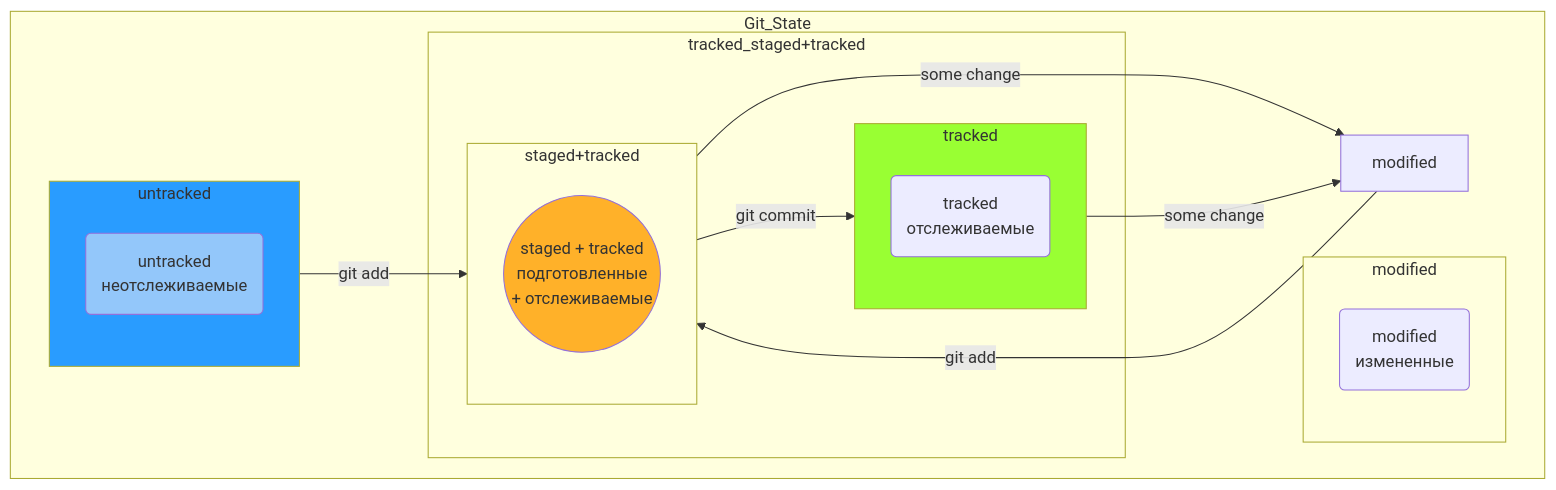
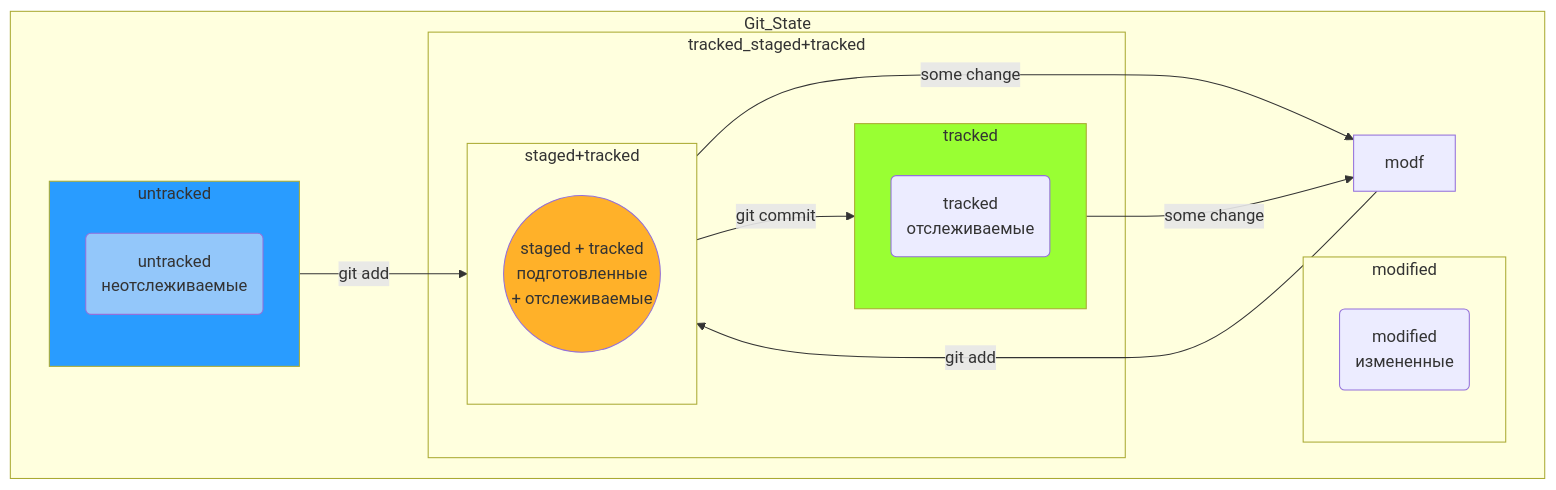
The diagram in README.md (AleksandrVakarin/GitInstructionMermaid), drawn with Mermaid before and after one commit.

````diff
--- a/README.md
+++ b/README.md
@@ -93,45 +93,45 @@
 ```mermaid
 flowchart TD;
 	
 	stgd((staged + tracked<br>подготовленные<br> + отслеживаемые))
 	mdf(modified<br>измененные)
 	untr(untracked<br>неотслеживаемые)
 	trcd(tracked<br>отслеживаемые)
 
 
 	subgraph Git_State
 
 		subgraph tracked_staged+tracked
 
 			subgraph tracked
 				trcd
 			end
 
 			subgraph staged+tracked
 				stgd
 			end
 
 		end
 
 
 		subgraph modified 
 			mdf
 		end
 
 
 		subgraph untracked
 			untr
 		end
 		
 		untracked-- git add -->staged+tracked
-		modified-- git add --> staged+tracked
-		staged+tracked-- some change --> modified
-		staged+tracked-- git commit --> tracked
-		tracked-- some change -->modified
+		modf-- git add --> staged+tracked
+		staged+tracked-- some change -->modf
+		staged+tracked-- git commit -->tracked
+		tracked-- some change -->modf
 	end
 
 	style stgd fill: #FFB129
 	style untr fill: #93C7FA
 	style untracked fill: #299CFF
 	style tracked fill: #99FF33
 ```
````
